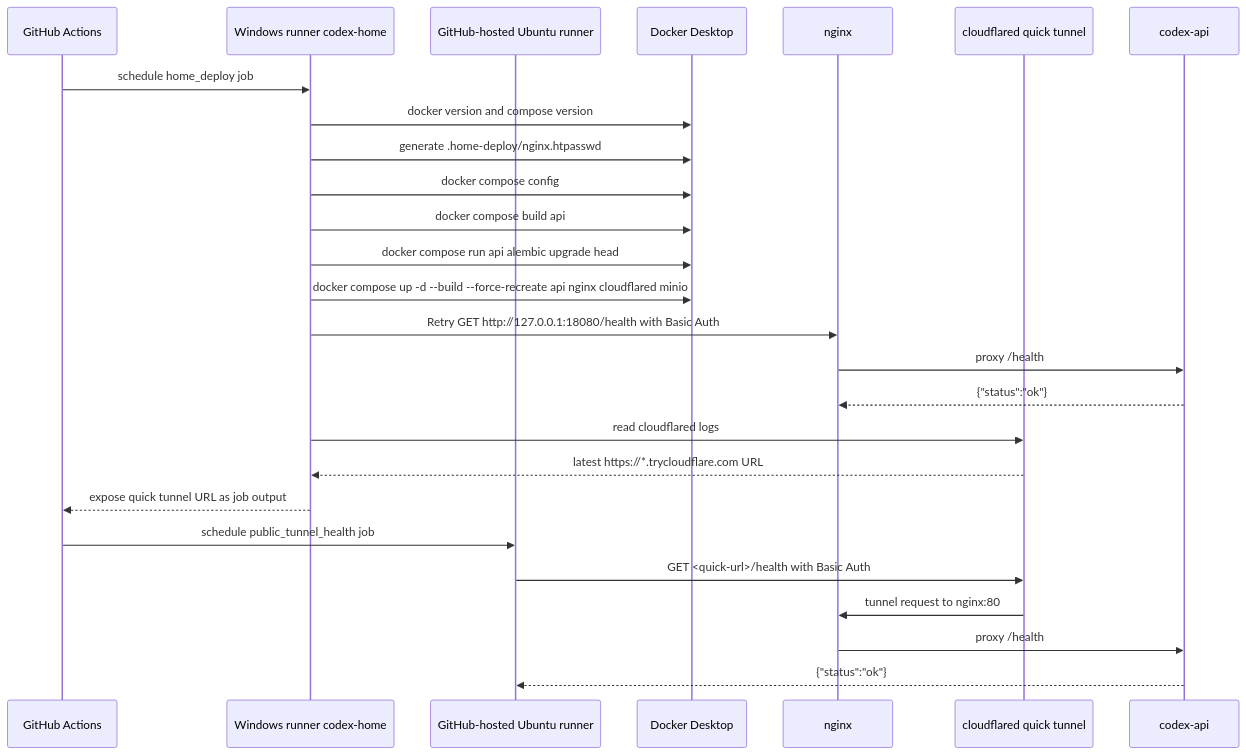
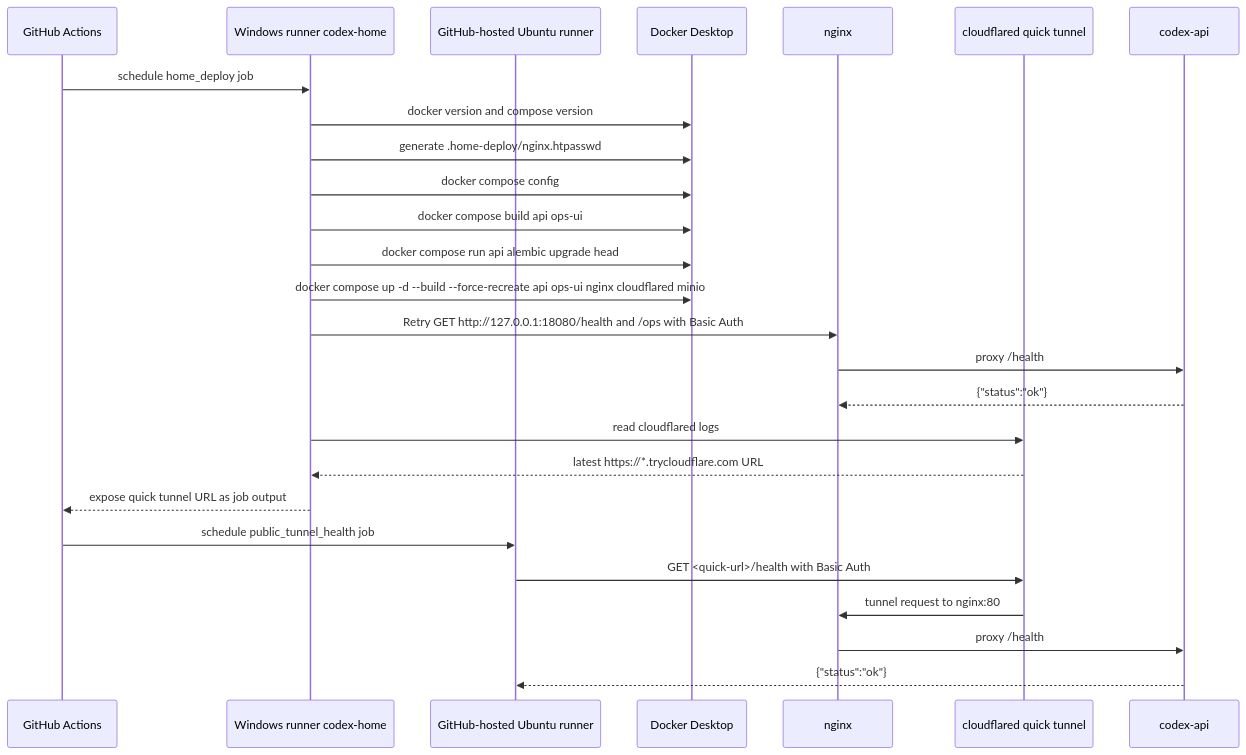
One commit to Mabaragi/codex-youtube-pipeline changed the third of 5 diagrams in docs/CICD.md. Above: the diagram before and after it, drawn with Mermaid. The commit also changed other lines of this file and 80 other files, not shown here.

````diff
--- a/docs/CICD.md
+++ b/docs/CICD.md
@@ -84,29 +88,29 @@
 ```mermaid
 sequenceDiagram
     participant GH as GitHub Actions
     participant Runner as Windows runner codex-home
     participant PublicRunner as GitHub-hosted Ubuntu runner
     participant Docker as Docker Desktop
     participant Nginx as nginx
     participant CF as cloudflared quick tunnel
     participant API as codex-api
 
     GH->>Runner: schedule home_deploy job
     Runner->>Docker: docker version and compose version
     Runner->>Docker: generate .home-deploy/nginx.htpasswd
     Runner->>Docker: docker compose config
-    Runner->>Docker: docker compose build api
+    Runner->>Docker: docker compose build api ops-ui
     Runner->>Docker: docker compose run api alembic upgrade head
-    Runner->>Docker: docker compose up -d --build --force-recreate api nginx cloudflared minio
-    Runner->>Nginx: Retry GET http://127.0.0.1:18080/health with Basic Auth
+    Runner->>Docker: docker compose up -d --build --force-recreate api ops-ui nginx cloudflared minio
+    Runner->>Nginx: Retry GET http://127.0.0.1:18080/health and /ops with Basic Auth
     Nginx->>API: proxy /health
     API-->>Nginx: {"status":"ok"}
     Runner->>CF: read cloudflared logs
     CF-->>Runner: latest https://*.trycloudflare.com URL
     Runner-->>GH: expose quick tunnel URL as job output
     GH->>PublicRunner: schedule public_tunnel_health job
     PublicRunner->>CF: GET <quick-url>/health with Basic Auth
     CF->>Nginx: tunnel request to nginx:80
     Nginx->>API: proxy /health
     API-->>PublicRunner: {"status":"ok"}
 ```
````
